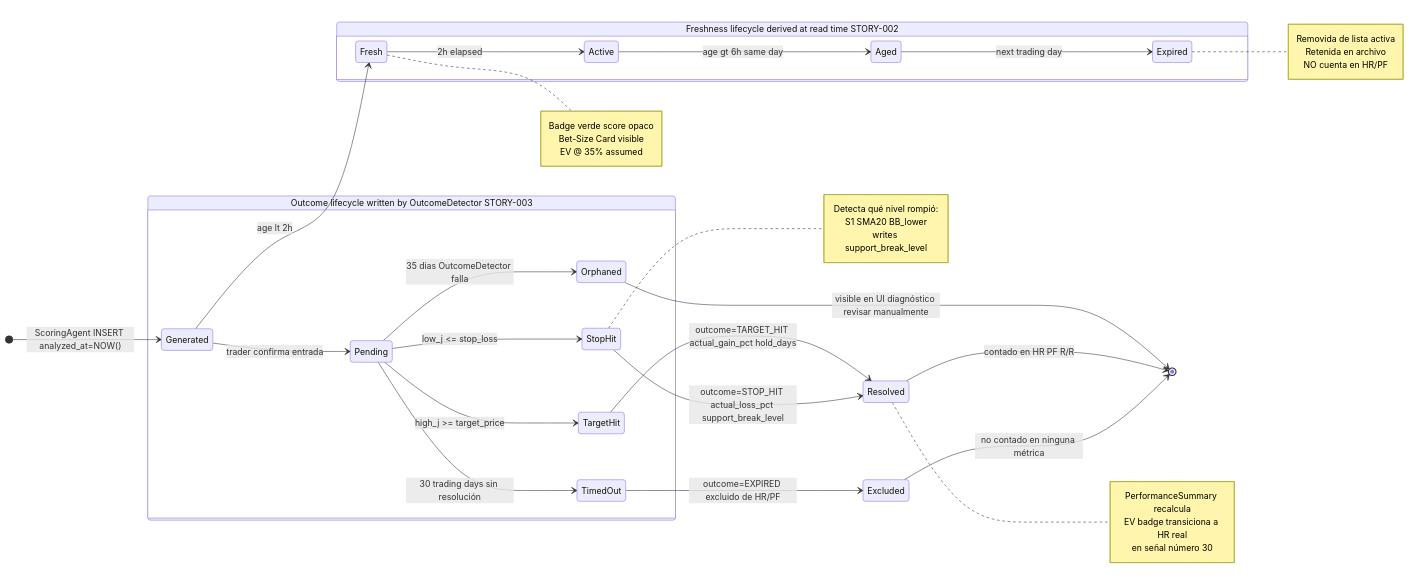
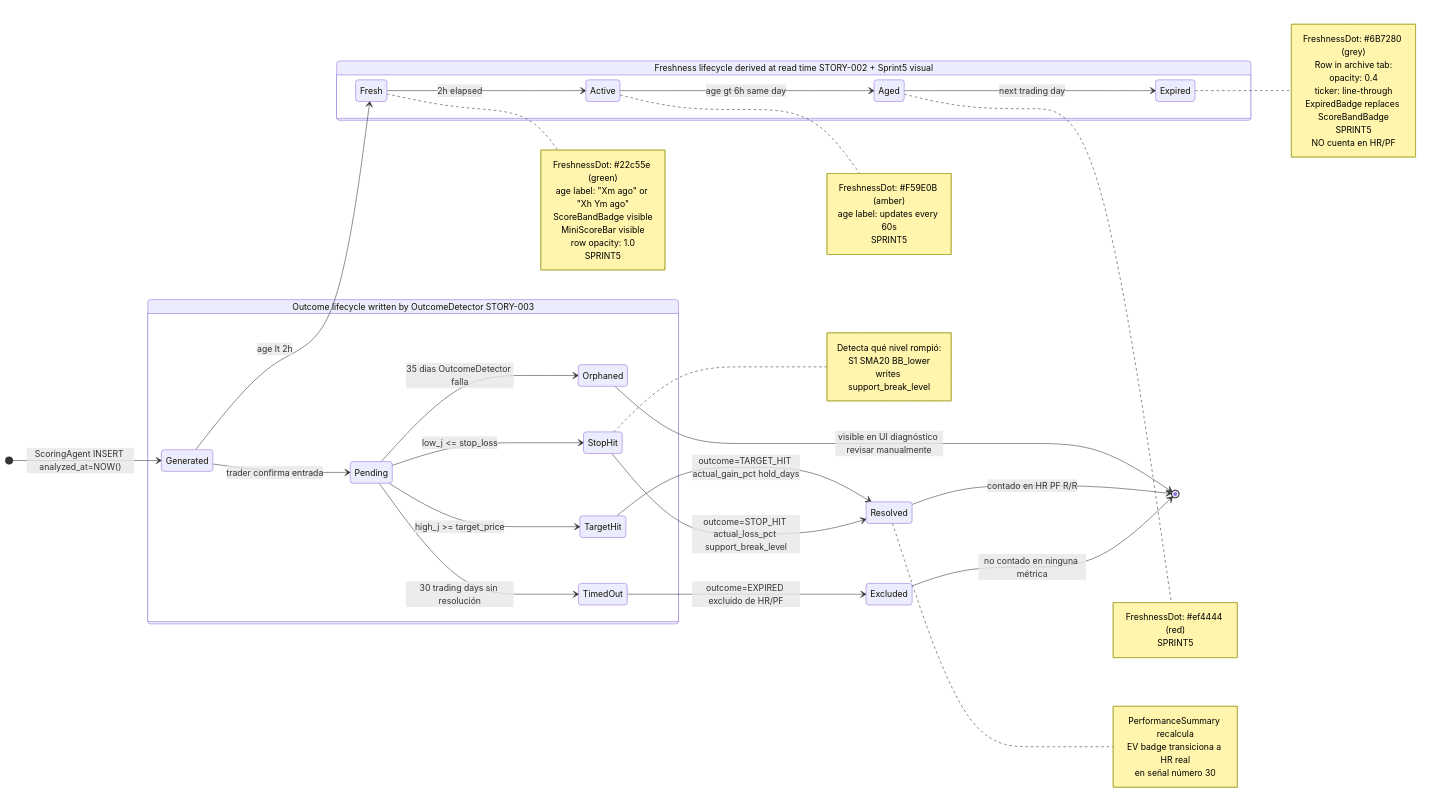
One commit to jcris21/TradeMarket-AI-Detector changed the sixth of 7 diagrams in planning/FinAlly_Domain_Architecture_v2.md. Above: the diagram before and after it, drawn with Mermaid. The commit also changed other lines of this file and 15 other files, not shown here.

````diff
--- a/planning/FinAlly_Domain_Architecture_v2.md
+++ b/planning/FinAlly_Domain_Architecture_v2.md
@@ -392,53 +453,71 @@
 ```mermaid
 stateDiagram-v2
   direction LR
 
   [*] --> Generated : ScoringAgent INSERT analyzed_at=NOW()
 
-  state "Freshness lifecycle derived at read time STORY-002" as FG {
+  state "Freshness lifecycle derived at read time STORY-002 + Sprint5 visual" as FG {
     Generated --> Fresh   : age lt 2h
     Fresh     --> Active  : 2h elapsed
     Active    --> Aged    : age gt 6h same day
     Aged      --> Expired : next trading day
   }
 
   note right of Fresh
-    Badge verde score opaco
-    Bet-Size Card visible
-    EV @ 35% assumed
+    FreshnessDot: #22c55e (green)
+    age label: "Xm ago" or "Xh Ym ago"
+    ScoreBandBadge visible
+    MiniScoreBar visible
+    row opacity: 1.0
+    SPRINT5
+  end note
+
+  note right of Active
+    FreshnessDot: #F59E0B (amber)
+    age label: updates every 60s
+    SPRINT5
+  end note
+
+  note right of Aged
+    FreshnessDot: #ef4444 (red)
+    SPRINT5
   end note
 
   note right of Expired
-    Removida de lista activa
-    Retenida en archivo
+    FreshnessDot: #6B7280 (grey)
+    Row in archive tab:
+    opacity: 0.4
+    ticker: line-through
+    ExpiredBadge replaces ScoreBandBadge
+    SPRINT5
     NO cuenta en HR/PF
   end note
 
   state "Outcome lifecycle written by OutcomeDetector STORY-003" as OG {
     Generated --> Pending    : trader confirma entrada
     Pending   --> TargetHit  : high_j >= target_price
     Pending   --> StopHit    : low_j <= stop_loss
     Pending   --> TimedOut   : 30 trading days sin resolución
     Pending   --> Orphaned   : 35 dias OutcomeDetector falla
   }
 
   TargetHit --> Resolved : outcome=TARGET_HIT actual_gain_pct hold_days
   StopHit   --> Resolved : outcome=STOP_HIT actual_loss_pct support_break_level
   TimedOut  --> Excluded : outcome=EXPIRED excluido de HR/PF
   Orphaned  --> [*]      : visible en UI diagnóstico revisar manualmente
 
   Resolved  --> [*] : contado en HR PF R/R
   Excluded  --> [*] : no contado en ninguna métrica
 
   note right of StopHit
     Detecta qué nivel rompió:
     S1 SMA20 BB_lower
     writes support_break_level
   end note
 
   note right of Resolved
     PerformanceSummary recalcula
     EV badge transiciona a HR real
     en señal número 30
   end note
 ```
````
